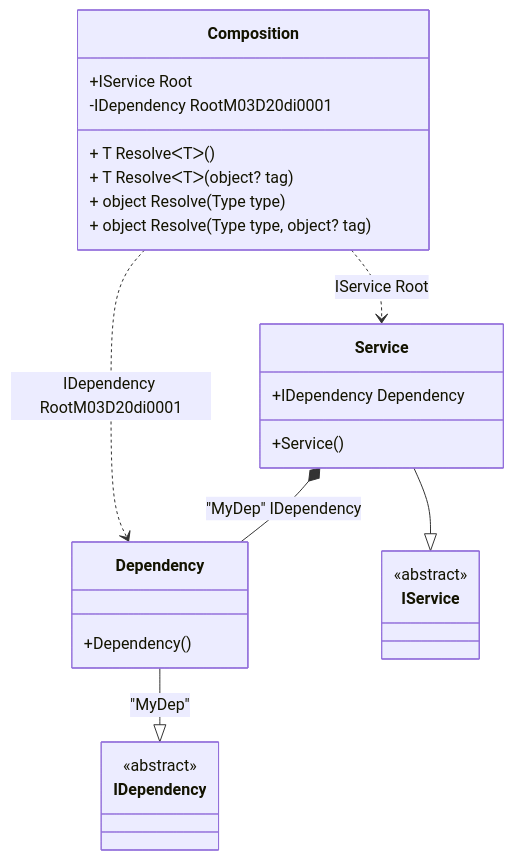
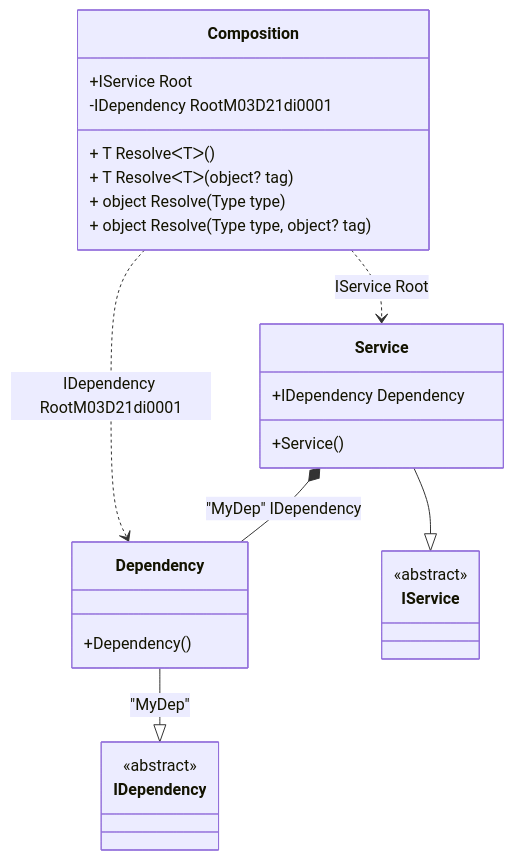
One commit to DevTeam/Pure.DI changed the diagram in readme/check-for-a-root.md. Above: the diagram before and after it, drawn with Mermaid. The commit also changed other lines of this file and 75 other files, not shown here.

````diff
--- a/readme/check-for-a-root.md
+++ b/readme/check-for-a-root.md
@@ -63,29 +63,29 @@
 ```mermaid
 classDiagram
   class Composition {
     +IService Root
-    -IDependency RootM03D20di0001
+    -IDependency RootM03D21di0001
     + T ResolveᐸTᐳ()
     + T ResolveᐸTᐳ(object? tag)
     + object Resolve(Type type)
     + object Resolve(Type type, object? tag)
   }
   Dependency --|> IDependency : "MyDep" 
   class Dependency {
     +Dependency()
   }
   Service --|> IService : 
   class Service {
     +Service()
     +IDependency Dependency
   }
   class IDependency {
     <<abstract>>
   }
   class IService {
     <<abstract>>
   }
   Service *--  Dependency : "MyDep"  IDependency
-  Composition ..> Dependency : IDependency RootM03D20di0001
+  Composition ..> Dependency : IDependency RootM03D21di0001
   Composition ..> Service : IService Root
 ```
````
